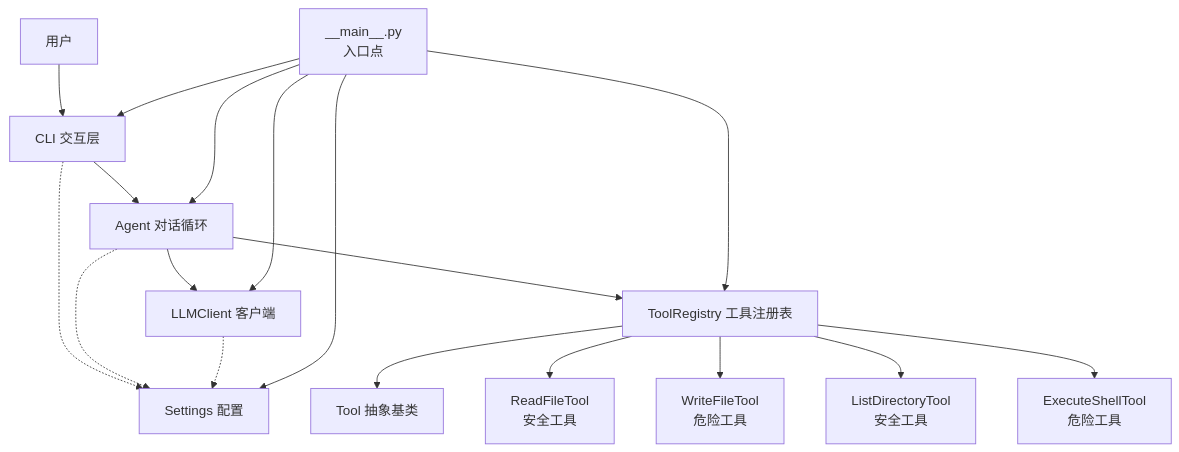
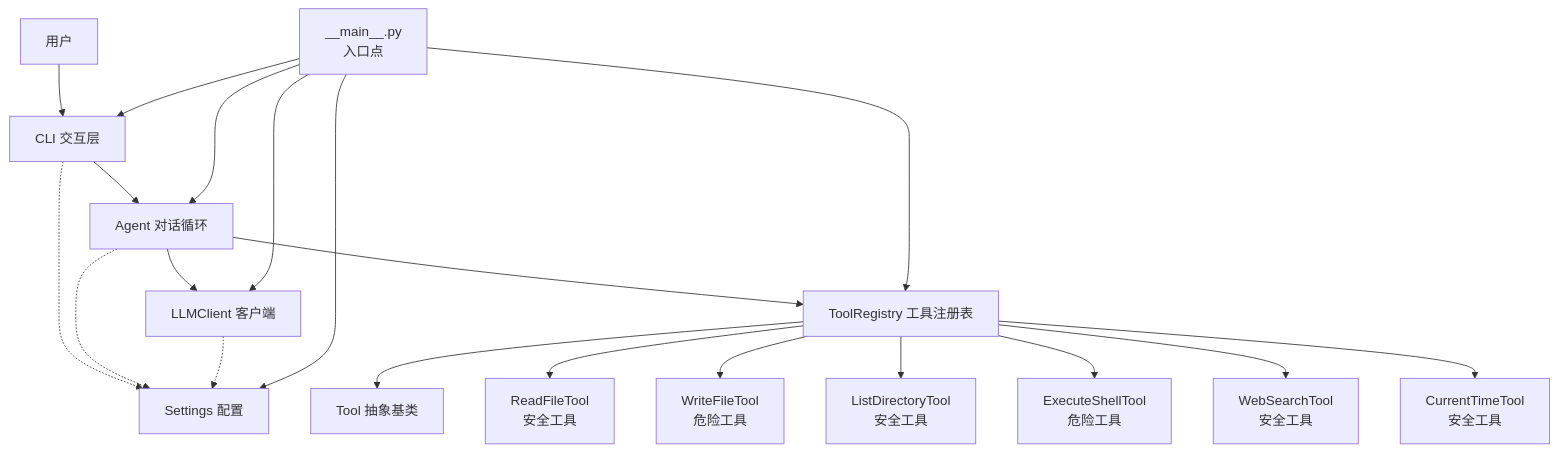
Before and after one commit to 250shiwo/MySmallAgent: the second of 9 diagrams in .qoder/repowiki/zh/content/核心模块详解/核心模块详解.md, drawn with Mermaid. The commit also changed other lines of this file and 34 other files, not shown here.

````diff
--- a/.qoder/repowiki/zh/content/核心模块详解/核心模块详解.md
+++ b/.qoder/repowiki/zh/content/核心模块详解/核心模块详解.md
@@ -154,32 +165,36 @@
 ```mermaid
 graph TB
 USER["用户"]
 CLI["CLI 交互层"]
 AG["Agent 对话循环"]
 REG["ToolRegistry 工具注册表"]
 BASE["Tool 抽象基类"]
 READ["ReadFileTool<br/>安全工具"]
 WRITE["WriteFileTool<br/>危险工具"]
 LIST["ListDirectoryTool<br/>安全工具"]
 SHELL["ExecuteShellTool<br/>危险工具"]
+WEB["WebSearchTool<br/>安全工具"]
+TIME["CurrentTimeTool<br/>安全工具"]
 LLM["LLMClient 客户端"]
 CFG["Settings 配置"]
 MAIN["__main__.py<br/>入口点"]
 USER --> CLI
 CLI --> AG
 AG --> LLM
 AG --> REG
 REG --> BASE
 REG --> READ
 REG --> WRITE
 REG --> LIST
 REG --> SHELL
+REG --> WEB
+REG --> TIME
 CLI -.-> CFG
 AG -.-> CFG
 LLM -.-> CFG
 MAIN --> CFG
 MAIN --> LLM
 MAIN --> REG
 MAIN --> AG
 MAIN --> CLI
 ```
````
